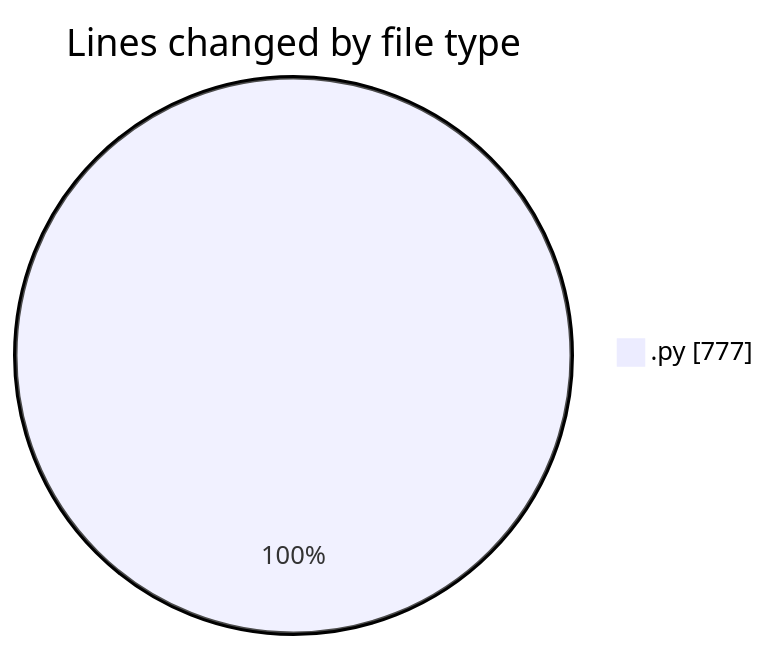
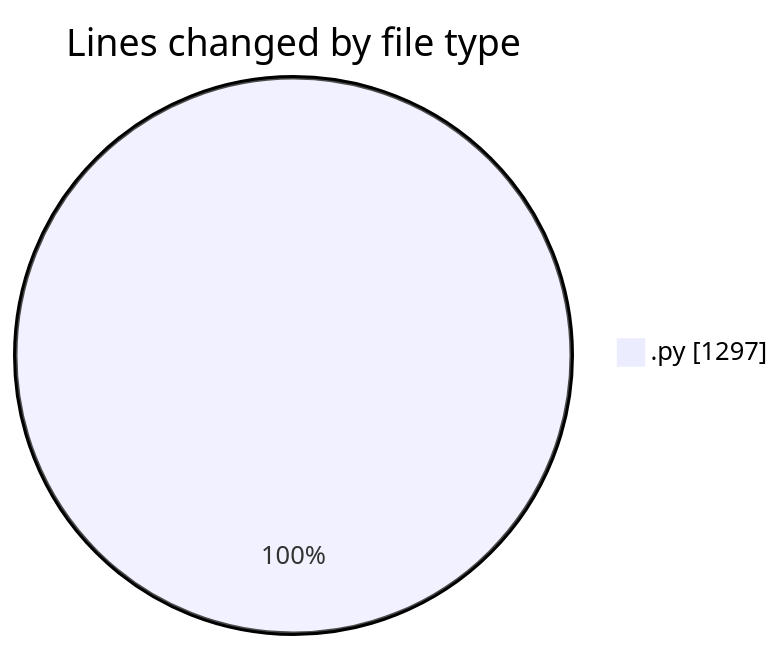
Before and after one commit to julien-gomy/code-tracking: the first of 2 diagrams in 2025-10-14/eventscop-api-guide__workspace_/README.md, drawn with Mermaid. The commit also changed other lines of this file and 1 other file, not shown here.

````diff
--- a/2025-10-14/eventscop-api-guide__workspace_/README.md
+++ b/2025-10-14/eventscop-api-guide__workspace_/README.md
@@ -20,5 +21,5 @@
 ```mermaid
 pie showData
 title Lines changed by file type
-".py" : 777
+".py" : 1297
 ```
````
